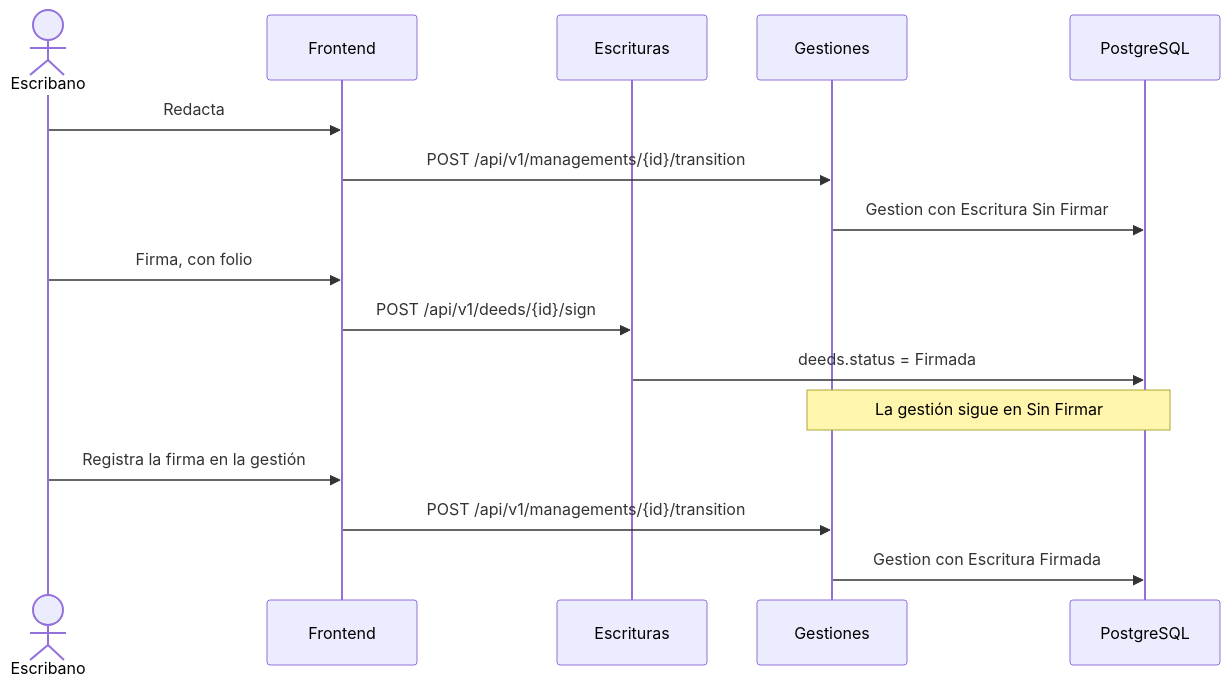
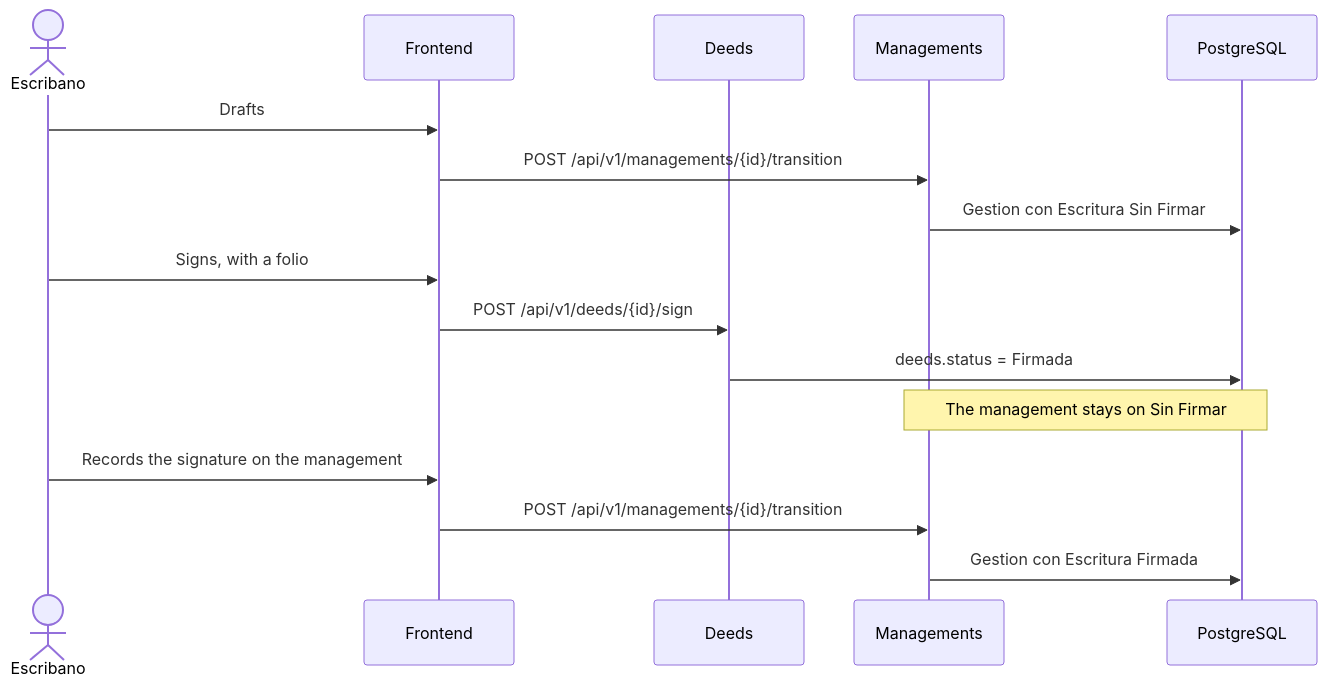
Before and after one commit to matiaspakua/notaire: the fourth of 9 diagrams in docs/200-architecture/203-design/GESTION.md, drawn with Mermaid. The commit also changed other lines of this file and 165 other files, not shown here.

First line of the commit message:
[#1490] docs(architecture): write CU sequence steps in English (#1505)

````diff
--- a/docs/200-architecture/203-design/GESTION.md
+++ b/docs/200-architecture/203-design/GESTION.md
@@ -138,19 +139,19 @@
 ```mermaid
 sequenceDiagram
   actor Escribano
   participant FE as Frontend
-  participant Esc as Escrituras
-  participant Ges as Gestiones
+  participant Esc as Deeds
+  participant Ges as Managements
   participant DB as PostgreSQL
 
-  Escribano->>FE: Redacta
+  Escribano->>FE: Drafts
   FE->>Ges: POST /api/v1/managements/{id}/transition
   Ges->>DB: Gestion con Escritura Sin Firmar
-  Escribano->>FE: Firma, con folio
+  Escribano->>FE: Signs, with a folio
   FE->>Esc: POST /api/v1/deeds/{id}/sign
   Esc->>DB: deeds.status = Firmada
-  Note over Ges,DB: La gestión sigue en Sin Firmar
-  Escribano->>FE: Registra la firma en la gestión
+  Note over Ges,DB: The management stays on Sin Firmar
+  Escribano->>FE: Records the signature on the management
   FE->>Ges: POST /api/v1/managements/{id}/transition
   Ges->>DB: Gestion con Escritura Firmada
 ```
````
